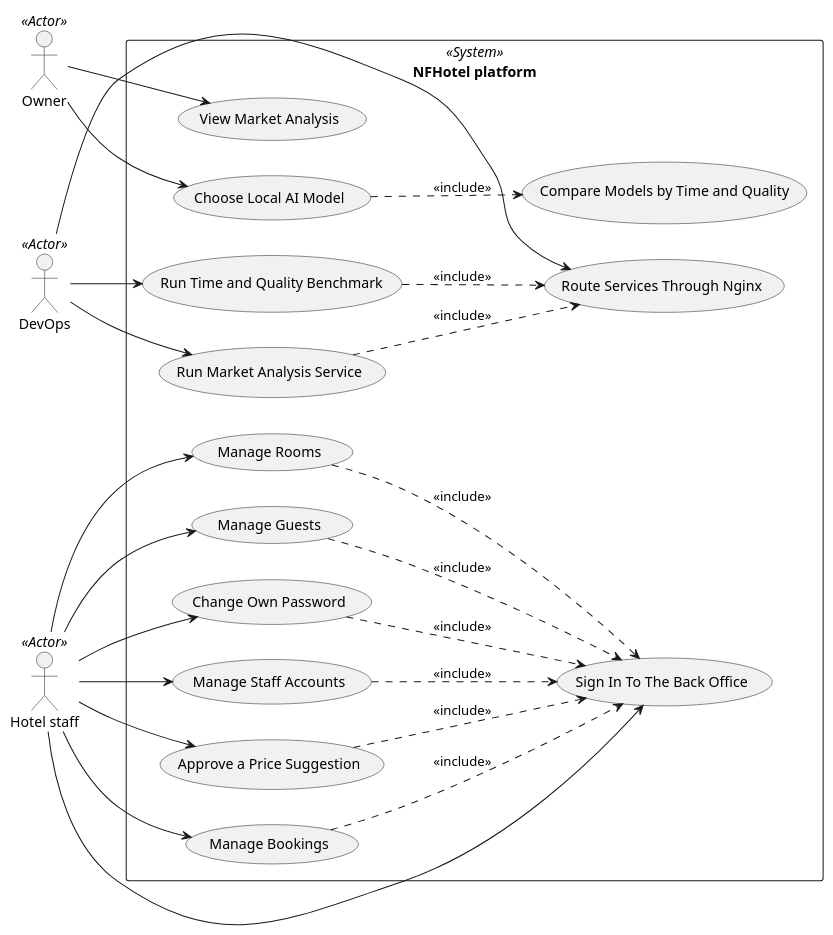
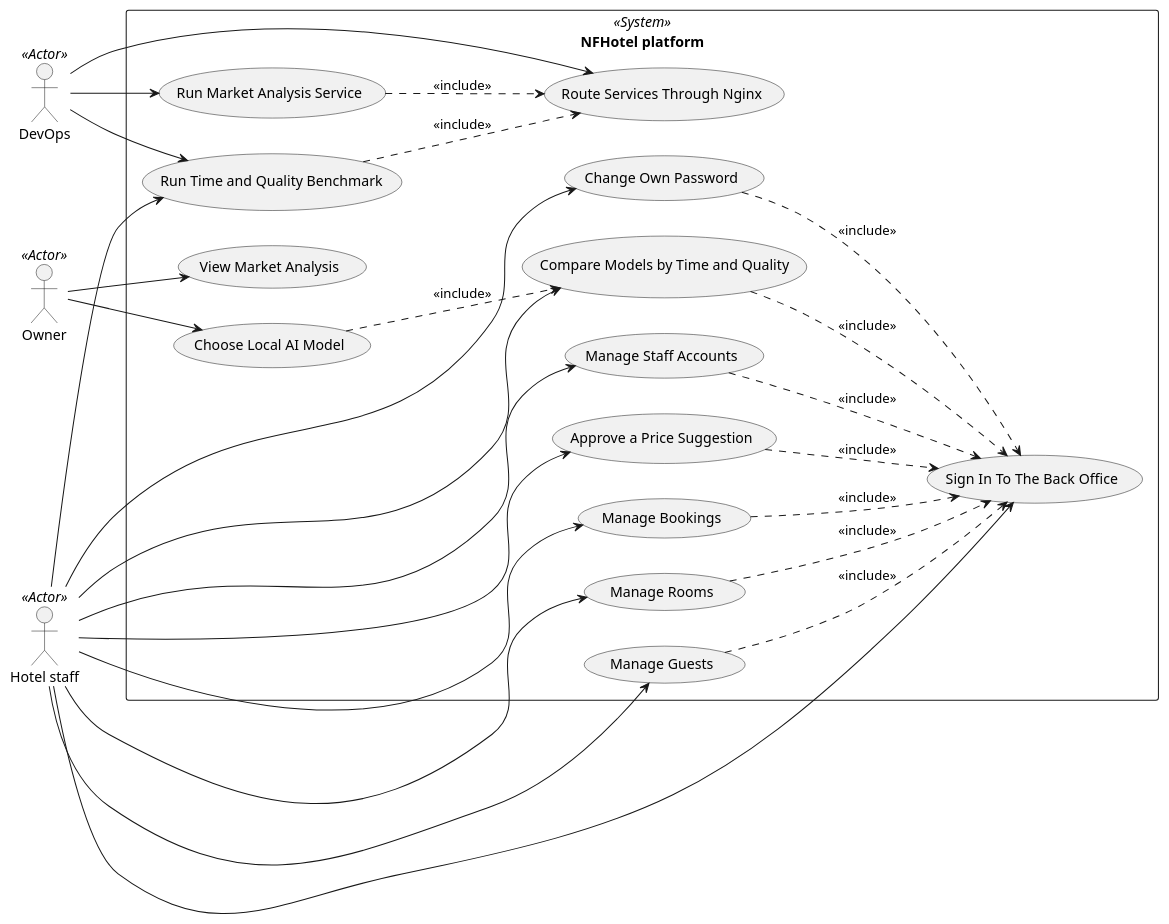
One commit to NF-Hotel/NFHotel changed the diagram in docs/use-case-diagram.md. Above: the diagram before and after it, drawn with PlantUML. The commit also changed other lines of this file and 9 other files, not shown here.

````diff
--- a/docs/use-case-diagram.md
+++ b/docs/use-case-diagram.md
@@ -34,44 +31,47 @@
 ```plantuml
 @startuml
 left to right direction
 actor "Owner" as Owner <<Actor>>
 actor "DevOps" as DevOps <<Actor>>
 actor "Hotel staff" as Staff <<Actor>>
 rectangle "NFHotel platform" <<System>> {
   usecase "View Market Analysis" as UC1
   usecase "Choose Local AI Model" as UC2
   usecase "Route Services Through Nginx" as UC3
   usecase "Run Time and Quality Benchmark" as UC4
   usecase "Run Market Analysis Service" as UC5
   usecase "Compare Models by Time and Quality" as UC6
   usecase "Manage Bookings" as UC7
   usecase "Manage Rooms" as UC8
   usecase "Manage Guests" as UC9
   usecase "Sign In To The Back Office" as UC10
   usecase "Change Own Password" as UC11
   usecase "Manage Staff Accounts" as UC12
   usecase "Approve a Price Suggestion" as UC13
 }
 Owner --> UC1
 Owner --> UC2
 DevOps --> UC3
 DevOps --> UC4
 DevOps --> UC5
+Staff --> UC4
+Staff --> UC6
 Staff --> UC7
 Staff --> UC8
 Staff --> UC9
 Staff --> UC10
 Staff --> UC11
 Staff --> UC12
 Staff --> UC13
 UC7 ..> UC10 : <<include>>
 UC8 ..> UC10 : <<include>>
 UC11 ..> UC10 : <<include>>
 UC12 ..> UC10 : <<include>>
 UC13 ..> UC10 : <<include>>
+UC6 ..> UC10 : <<include>>
 UC9 ..> UC10 : <<include>>
 UC2 ..> UC6 : <<include>>
 UC4 ..> UC3 : <<include>>
 UC5 ..> UC3 : <<include>>
 @enduml
 ```
````
